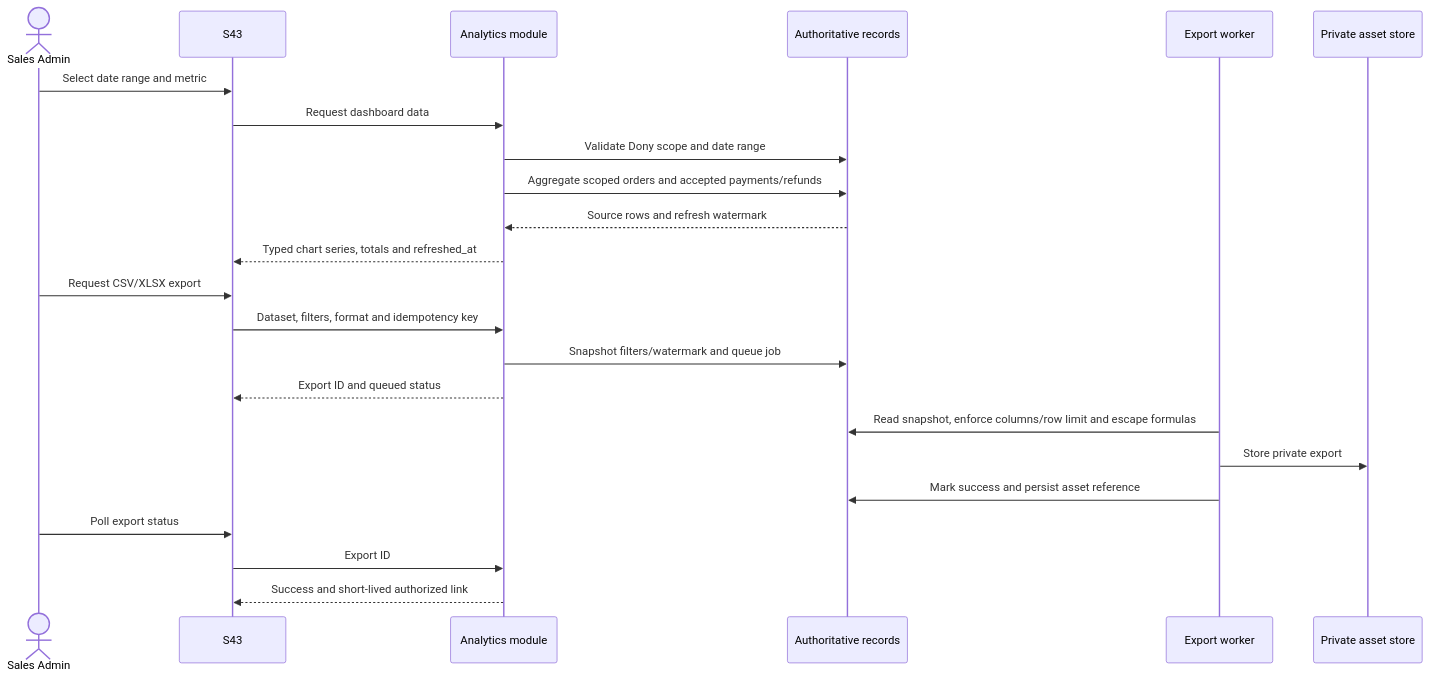
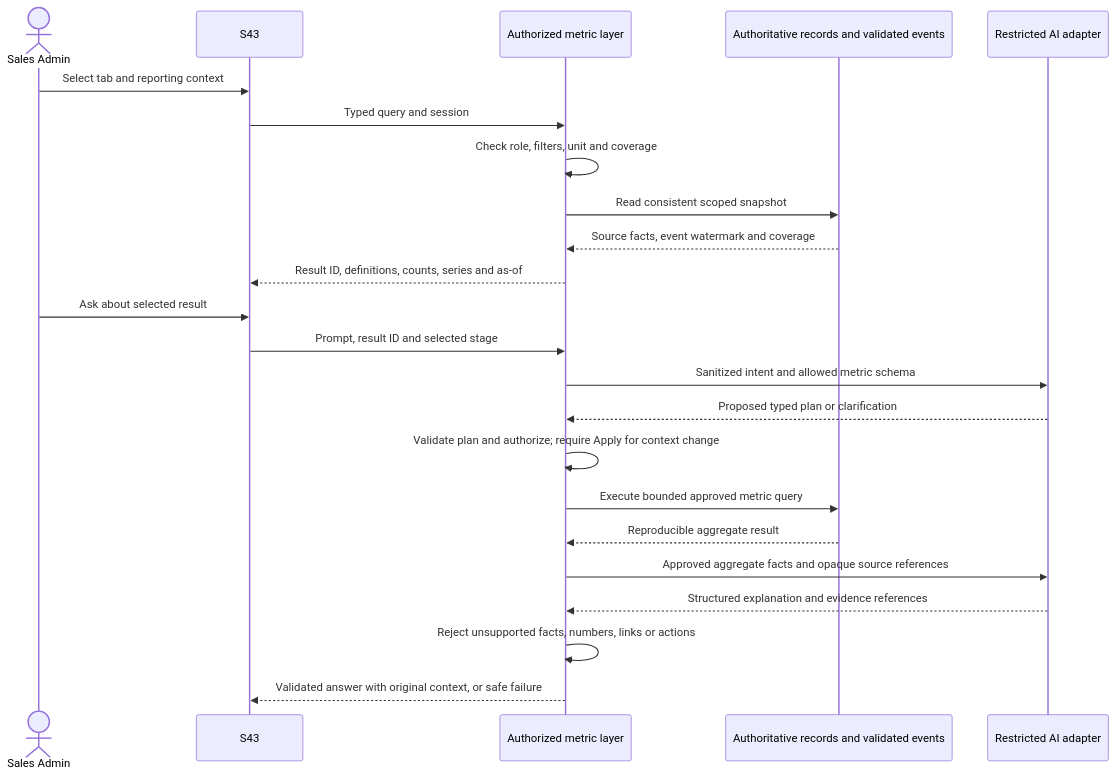
Before and after one commit to ankhanhwork/weavelink-project: the second of 2 diagrams in docs/spec/specs/spec-MFG-11.md, drawn with Mermaid. The commit also changed other lines of this file and 23 other files, not shown here.

````diff
--- a/docs/spec/specs/spec-MFG-11.md
+++ b/docs/spec/specs/spec-MFG-11.md
@@ -83,25 +91,25 @@
 ```mermaid
 sequenceDiagram
-    actor SalesAdmin as Sales Admin
-    participant AnalyticsUI as S43
-    participant AnalyticsModule as Analytics module
-    participant AuthoritativeDB as Authoritative records
-    participant ExportWorker as Export worker
-    participant PrivateAssetStore as Private asset store
-    SalesAdmin->>AnalyticsUI: Select date range and metric
-    AnalyticsUI->>AnalyticsModule: Request dashboard data
-    AnalyticsModule->>AuthoritativeDB: Validate Dony scope and date range
-    AnalyticsModule->>AuthoritativeDB: Aggregate scoped orders and accepted payments/refunds
-    AuthoritativeDB-->>AnalyticsModule: Source rows and refresh watermark
-    AnalyticsModule-->>AnalyticsUI: Typed chart series, totals and refreshed_at
-    SalesAdmin->>AnalyticsUI: Request CSV/XLSX export
-    AnalyticsUI->>AnalyticsModule: Dataset, filters, format and idempotency key
-    AnalyticsModule->>AuthoritativeDB: Snapshot filters/watermark and queue job
-    AnalyticsModule-->>AnalyticsUI: Export ID and queued status
-    ExportWorker->>AuthoritativeDB: Read snapshot, enforce columns/row limit and escape formulas
-    ExportWorker->>PrivateAssetStore: Store private export
-    ExportWorker->>AuthoritativeDB: Mark success and persist asset reference
-    SalesAdmin->>AnalyticsUI: Poll export status
-    AnalyticsUI->>AnalyticsModule: Export ID
-    AnalyticsModule-->>AnalyticsUI: Success and short-lived authorized link
+    actor Admin as Sales Admin
+    participant UI as S43
+    participant Analytics as Authorized metric layer
+    participant Store as Authoritative records and validated events
+    participant AI as Restricted AI adapter
+    Admin->>UI: Select tab and reporting context
+    UI->>Analytics: Typed query and session
+    Analytics->>Analytics: Check role, filters, unit and coverage
+    Analytics->>Store: Read consistent scoped snapshot
+    Store-->>Analytics: Source facts, event watermark and coverage
+    Analytics-->>UI: Result ID, definitions, counts, series and as-of
+    Admin->>UI: Ask about selected result
+    UI->>Analytics: Prompt, result ID and selected stage
+    Analytics->>AI: Sanitized intent and allowed metric schema
+    AI-->>Analytics: Proposed typed plan or clarification
+    Analytics->>Analytics: Validate plan and authorize#59; require Apply for context change
+    Analytics->>Store: Execute bounded approved metric query
+    Store-->>Analytics: Reproducible aggregate result
+    Analytics->>AI: Approved aggregate facts and opaque source references
+    AI-->>Analytics: Structured explanation and evidence references
+    Analytics->>Analytics: Reject unsupported facts, numbers, links or actions
+    Analytics-->>UI: Validated answer with original context, or safe failure
 ```
````
